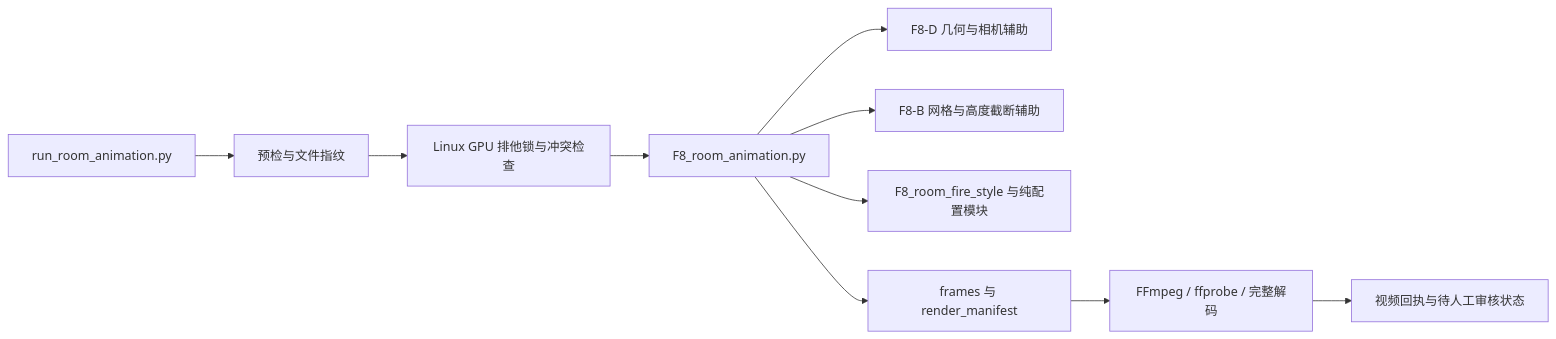
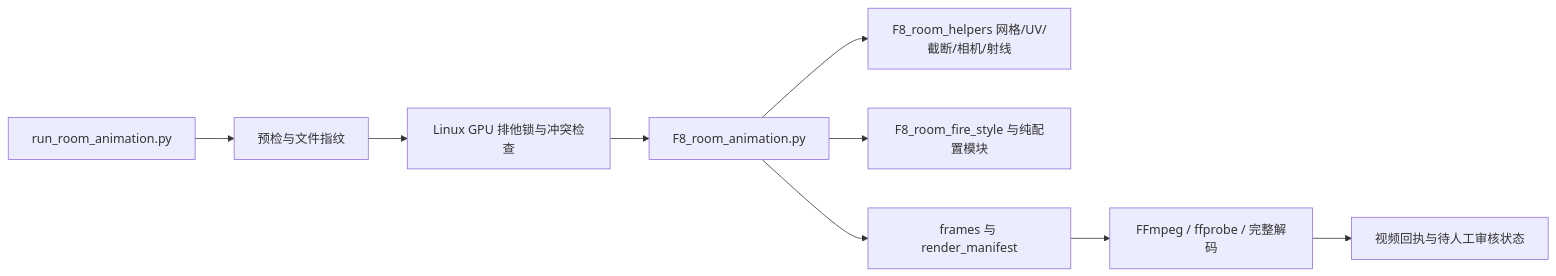
One commit to jiayi0329/burnroomvideo_byblender changed the second of 3 diagrams in docs/ARCHITECTURE.md. Above: the diagram before and after it, drawn with Mermaid. The commit also changed other lines of this file and 22 other files, not shown here.

````diff
--- a/docs/ARCHITECTURE.md
+++ b/docs/ARCHITECTURE.md
@@ -61,12 +63,11 @@
 ```mermaid
 flowchart LR
     A[run_room_animation.py] --> B[预检与文件指纹]
     B --> C[Linux GPU 排他锁与冲突检查]
     C --> D[F8_room_animation.py]
-    D --> E[F8-D 几何与相机辅助]
-    D --> F[F8-B 网格与高度截断辅助]
+    D --> E[F8_room_helpers 网格/UV/截断/相机/射线]
     D --> G[F8_room_fire_style 与纯配置模块]
     D --> H[frames 与 render_manifest]
     H --> I[FFmpeg / ffprobe / 完整解码]
     I --> J[视频回执与待人工审核状态]
 ```
````
